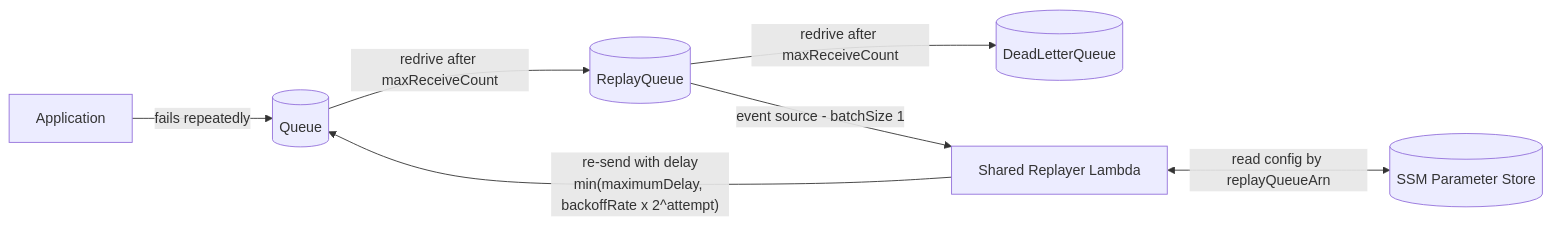
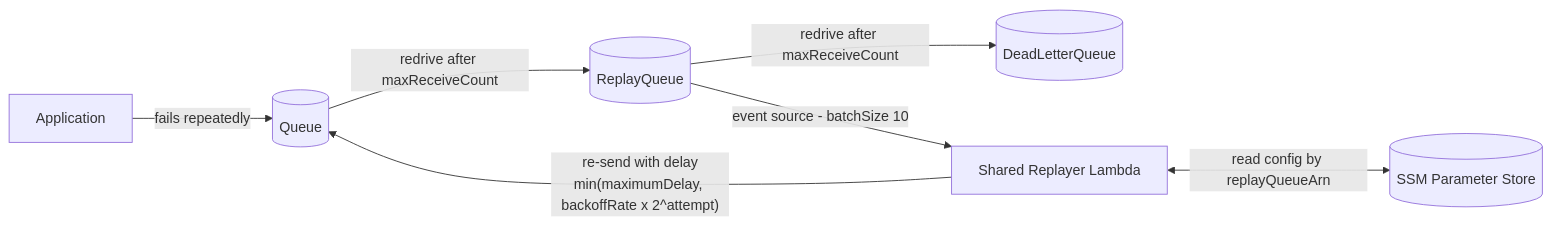
One commit to tarantoj/sqs-replay-backoff changed the diagram in README.md. Above: the diagram before and after it, drawn with Mermaid. The commit also changed other lines of this file and 9 other files, not shown here.

````diff
--- a/README.md
+++ b/README.md
@@ -70,9 +71,9 @@
 ```mermaid
 flowchart LR
     App[Application] -- "fails repeatedly" --> Q[(Queue)]
     Q -- "redrive after maxReceiveCount" --> RQ[(ReplayQueue)]
     RQ -- "redrive after maxReceiveCount" --> DLQ[(DeadLetterQueue)]
-    RQ -- "event source - batchSize 1" --> Fn[Shared Replayer Lambda]
+    RQ -- "event source - batchSize 10" --> Fn[Shared Replayer Lambda]
     Fn <-->|"read config by replayQueueArn"| SSM[(SSM Parameter Store)]
     Fn -- "re-send with delay<br/>min(maximumDelay, backoffRate x 2^attempt)" --> Q
 ```
````
